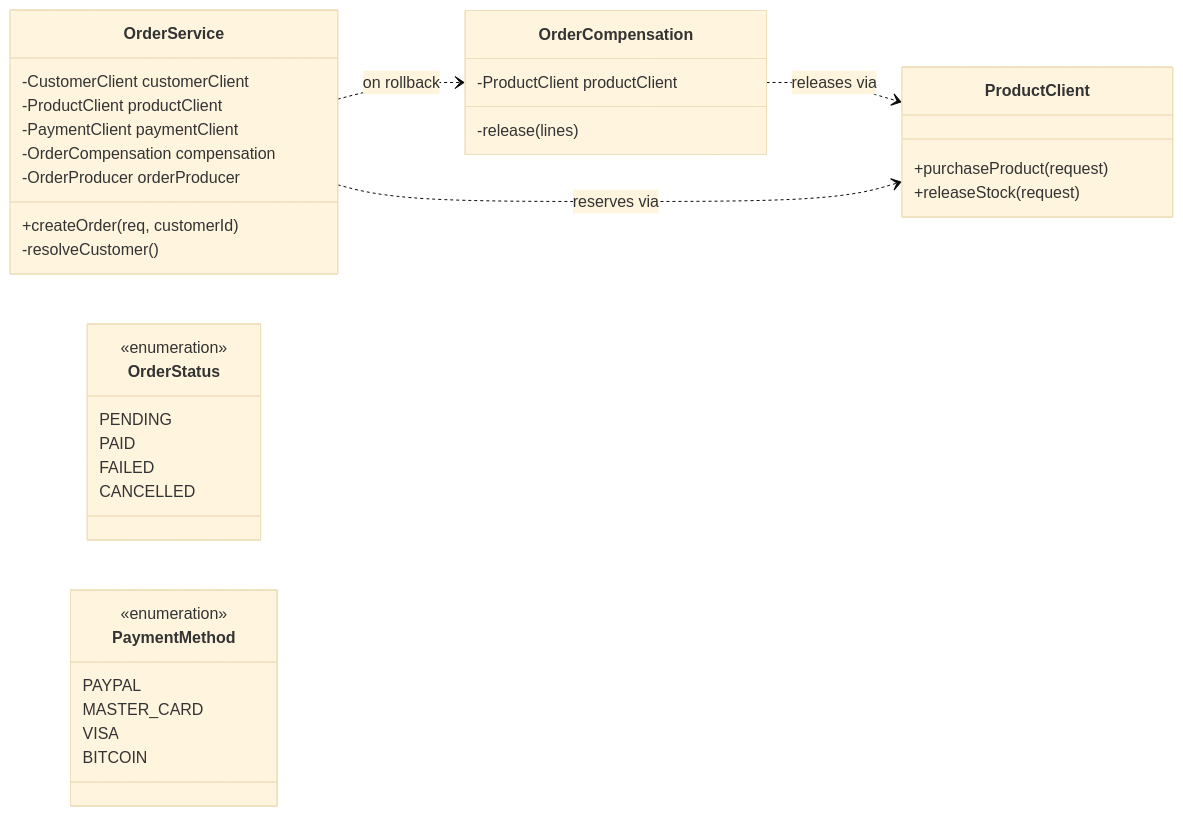
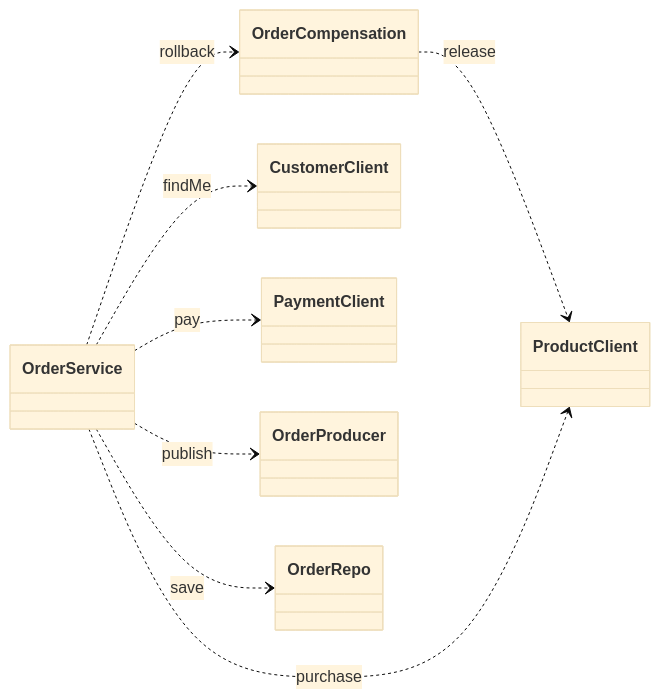
The third of 4 diagrams in README.md (BOUALI-YOUNES/Ecommerce-microservices), drawn with Mermaid before and after one commit.

Commit message:
fix: replace class diagram with accurate one (656px, 16px text)

````diff
--- a/README.md
+++ b/README.md
@@ -191,45 +191,21 @@
 ```mermaid
 %%{init: {"theme":"base","themeVariables":{"fontSize":"16px"}}}%%
 classDiagram
     direction LR
 
-    class OrderService {
-        -CustomerClient customerClient
-        -ProductClient productClient
-        -PaymentClient paymentClient
-        -OrderCompensation compensation
-        -OrderProducer orderProducer
-        +createOrder(req, customerId)
-        -resolveCustomer()
-    }
+    class OrderService
+    class OrderCompensation
+    class ProductClient
+    class CustomerClient
+    class PaymentClient
+    class OrderProducer
+    class OrderRepo
 
-    class OrderCompensation {
-        -ProductClient productClient
-        -release(lines)
-    }
-
-    class ProductClient {
-        +purchaseProduct(request)
-        +releaseStock(request)
-    }
-
-    class OrderStatus {
-        <<enumeration>>
-        PENDING
-        PAID
-        FAILED
-        CANCELLED
-    }
-
-    class PaymentMethod {
-        <<enumeration>>
-        PAYPAL
-        MASTER_CARD
-        VISA
-        BITCOIN
-    }
-
-    OrderService ..> OrderCompensation : on rollback
-    OrderCompensation ..> ProductClient : releases via
-    OrderService ..> ProductClient : reserves via
+    OrderService ..> OrderCompensation : rollback
+    OrderCompensation ..> ProductClient : release
+    OrderService ..> ProductClient : purchase
+    OrderService ..> CustomerClient : findMe
+    OrderService ..> PaymentClient : pay
+    OrderService ..> OrderProducer : publish
+    OrderService ..> OrderRepo : save
 ```
````
